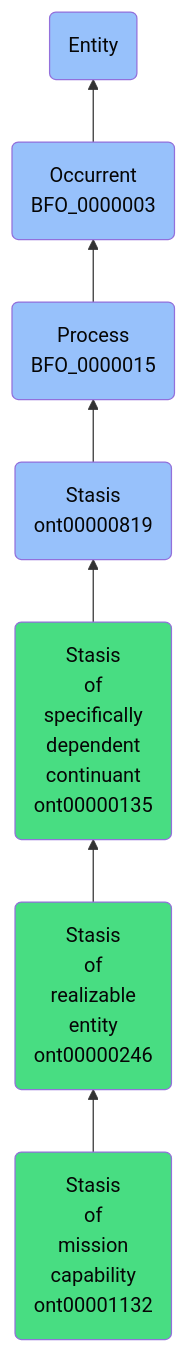
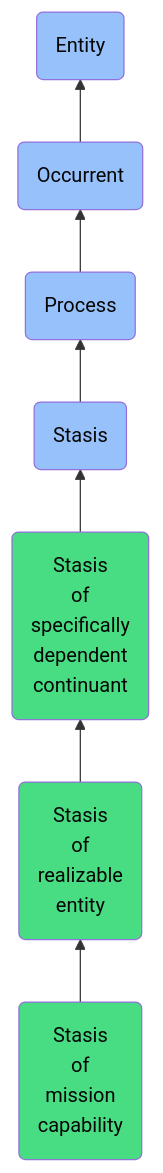
Before and after one commit to jupyter-naas/abi: the diagram in docs/ontology/reference/model/Entity/Occurrent/Process/Stasis/Stasis of specifically dependent continuant/Stasis of realizable entity/Stasis of mission capability/Stasis of mission capability.md, drawn with Mermaid. The commit also changed other lines of this file and 1430 other files, not shown here.

````diff
--- a/docs/ontology/reference/model/Entity/Occurrent/Process/Stasis/Stasis of specifically dependent continuant/Stasis of realizable entity/Stasis of mission capability/Stasis of mission capability.md
+++ b/docs/ontology/reference/model/Entity/Occurrent/Process/Stasis/Stasis of specifically dependent continuant/Stasis of realizable entity/Stasis of mission capability/Stasis of mission capability.md
@@ -24,14 +24,14 @@
 ```mermaid
 graph BT
-    ont00001132(Stasis<br>of<br>mission<br>capability<br>ont00001132):::ABI-->ont00000246
-    ont00000246(Stasis<br>of<br>realizable<br>entity<br>ont00000246):::ABI-->ont00000135
-    ont00000135(Stasis<br>of<br>specifically<br>dependent<br>continuant<br>ont00000135):::ABI-->ont00000819
-    ont00000819(Stasis<br>ont00000819):::BFO-->BFO_0000015
-    BFO_0000015(Process<br>BFO_0000015):::BFO-->BFO_0000003
-    BFO_0000003(Occurrent<br>BFO_0000003):::BFO-->BFO_0000001
+    ont00001132(Stasis<br>of<br>mission<br>capability):::ABI-->ont00000246
+    ont00000246(Stasis<br>of<br>realizable<br>entity):::ABI-->ont00000135
+    ont00000135(Stasis<br>of<br>specifically<br>dependent<br>continuant):::ABI-->ont00000819
+    ont00000819(Stasis):::BFO-->BFO_0000015
+    BFO_0000015(Process):::BFO-->BFO_0000003
+    BFO_0000003(Occurrent):::BFO-->BFO_0000001
     BFO_0000001(Entity):::BFO
     
     classDef BFO fill:#97c1fb,color:#060606
     classDef CCO fill:#e4c51e,color:#060606
     classDef ABI fill:#48DD82,color:#060606
 ```
````
